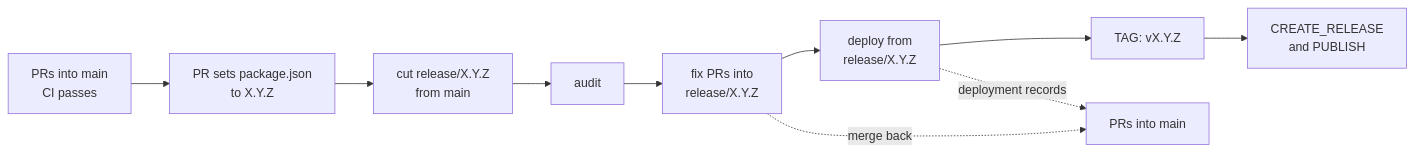
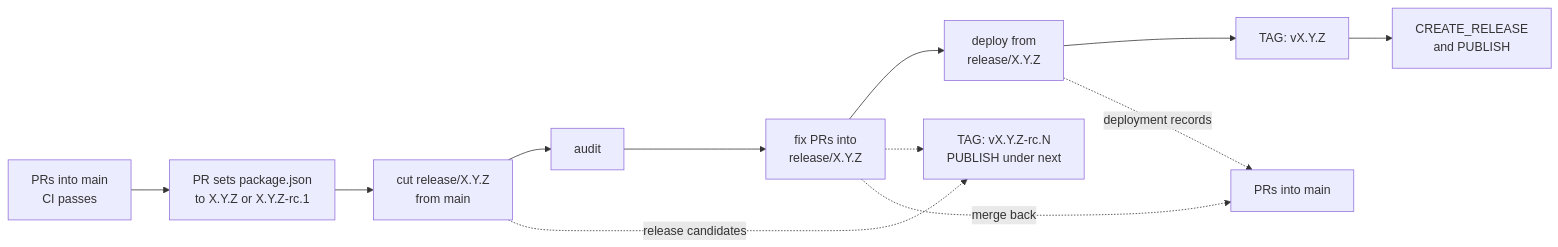
The diagram in RELEASE_FLOW.md (1inch/ci-workflow-protocol), drawn with Mermaid before and after one commit. The commit also changed other lines of this file and 7 other files, not shown here.

````diff
--- a/RELEASE_FLOW.md
+++ b/RELEASE_FLOW.md
@@ -39,12 +41,14 @@
 ```mermaid
 flowchart LR
-    prs["PRs into main<br/>CI passes"] --> version["PR sets package.json<br/>to X.Y.Z"]
+    prs["PRs into main<br/>CI passes"] --> version["PR sets package.json<br/>to X.Y.Z or X.Y.Z-rc.1"]
     version --> cut["cut release/X.Y.Z<br/>from main"]
     cut --> audit["audit"]
     audit --> fixes["fix PRs into<br/>release/X.Y.Z"]
     fixes --> deploy["deploy from<br/>release/X.Y.Z"]
     deploy --> tag["TAG: vX.Y.Z"]
     tag --> publish["CREATE_RELEASE<br/>and PUBLISH"]
+    cut -.->|release candidates| rc["TAG: vX.Y.Z-rc.N<br/>PUBLISH under next"]
+    fixes -.-> rc
     fixes -.->|merge back| back["PRs into main"]
     deploy -.->|deployment records| back
 ```
````
